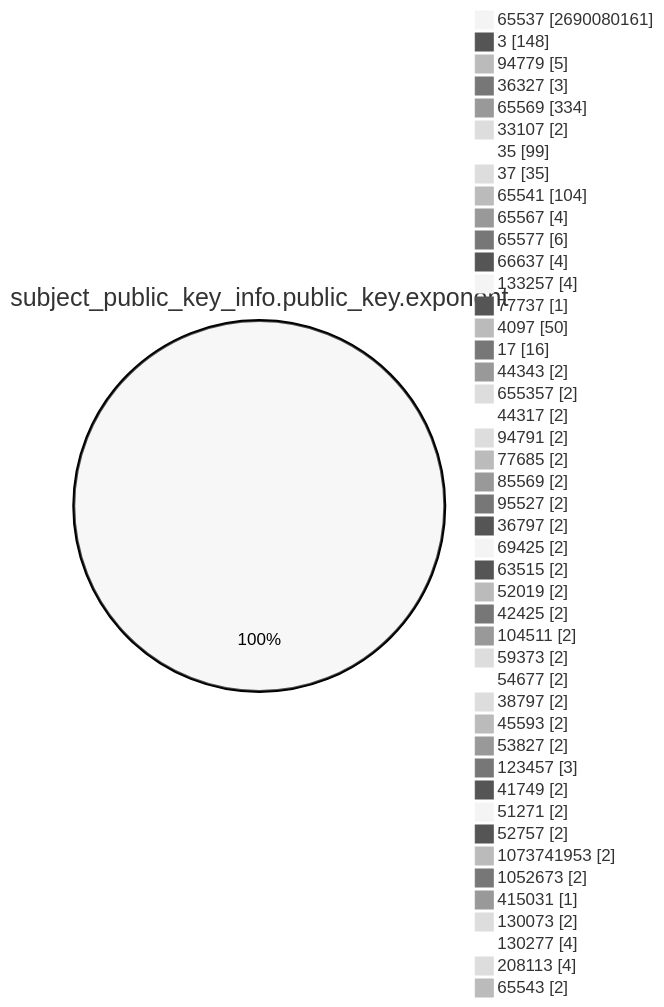
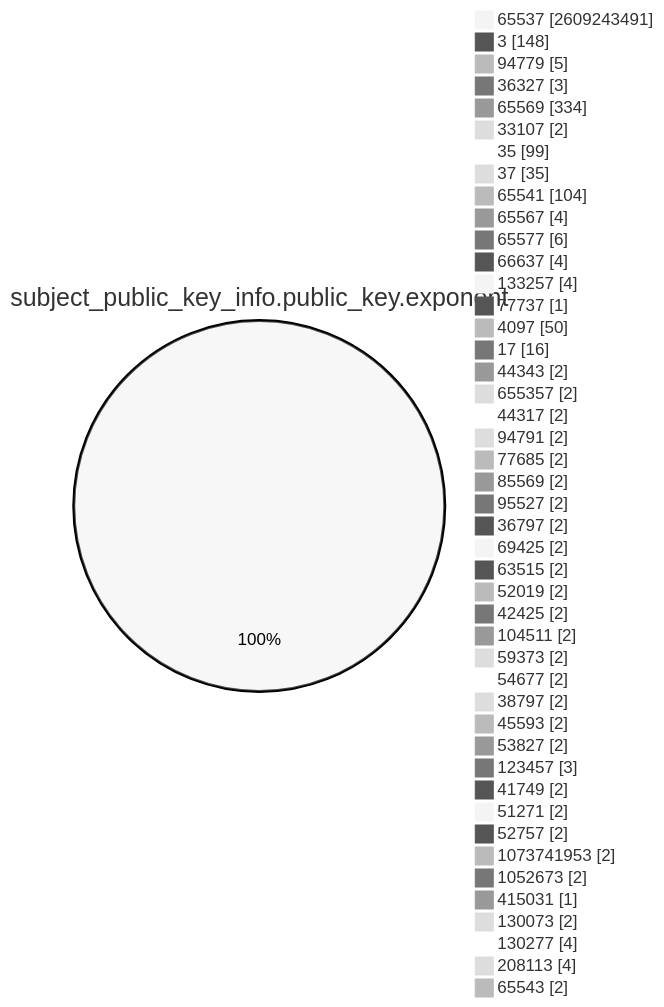
One commit to christiankrug/ctmonitor_visualization changed the fourth of 15 diagrams in TOTAL/README.md. Above: the diagram before and after it, drawn with Mermaid (neutral theme). The commit also changed other lines of this file, not shown here.

````diff
--- a/TOTAL/README.md
+++ b/TOTAL/README.md
@@ -1466,49 +1465,49 @@
 ```mermaid
 pie showData
 title subject_public_key_info.public_key.exponent
-"65537" :2690080161
+"65537" :2609243491
 "3" :148
 "94779" :5
 "36327" :3
 "65569" :334
 "33107" :2
 "35" :99
 "37" :35
 "65541" :104
 "65567" :4
 "65577" :6
 "66637" :4
 "133257" :4
 "77737" :1
 "4097" :50
 "17" :16
 "44343" :2
 "655357" :2
 "44317" :2
 "94791" :2
 "77685" :2
 "85569" :2
 "95527" :2
 "36797" :2
 "69425" :2
 "63515" :2
 "52019" :2
 "42425" :2
 "104511" :2
 "59373" :2
 "54677" :2
 "38797" :2
 "45593" :2
 "53827" :2
 "123457" :3
 "41749" :2
 "51271" :2
 "52757" :2
 "1073741953" :2
 "1052673" :2
 "415031" :1
 "130073" :2
 "130277" :4
 "208113" :4
 "65543" :2
 ```
````
